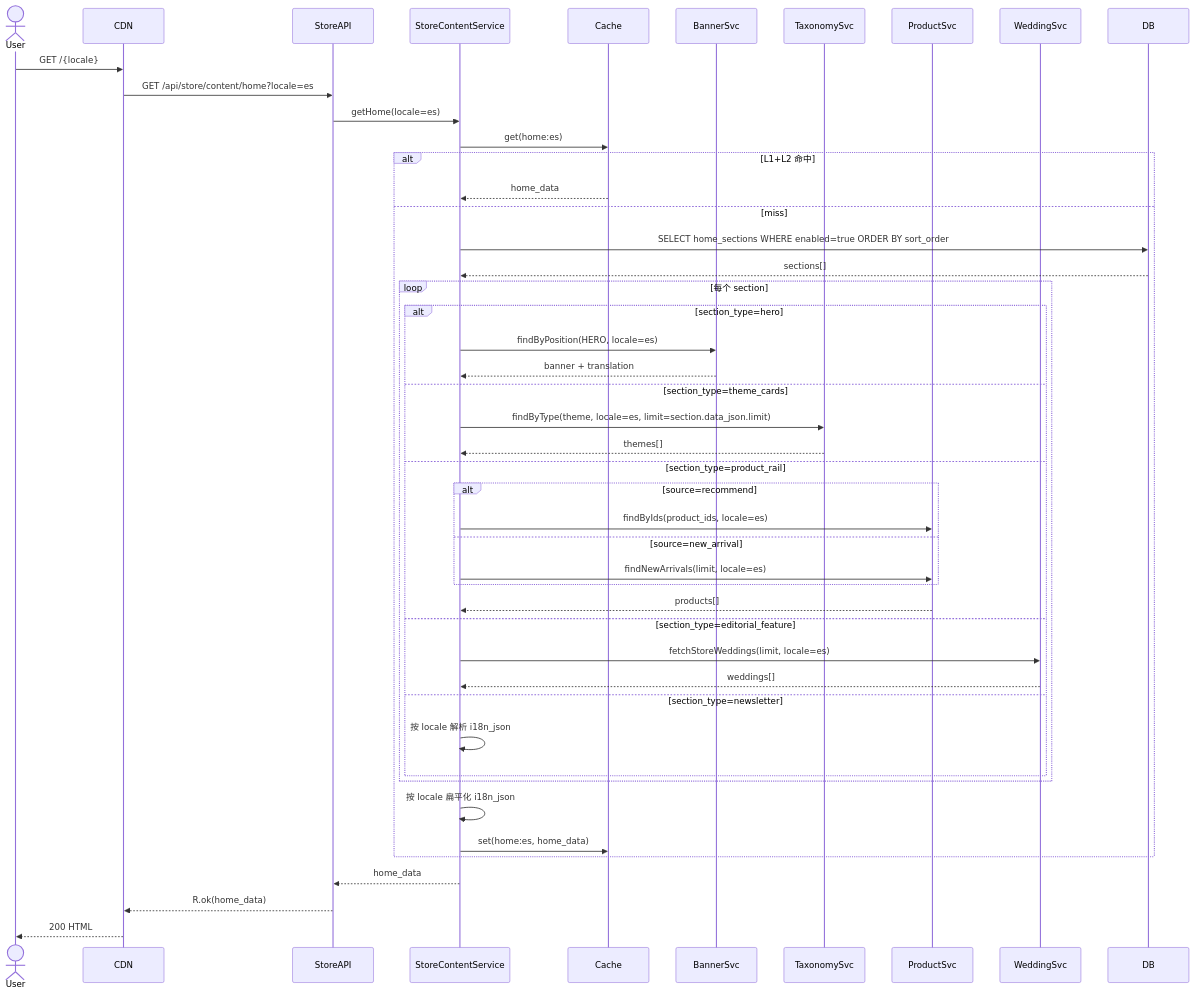
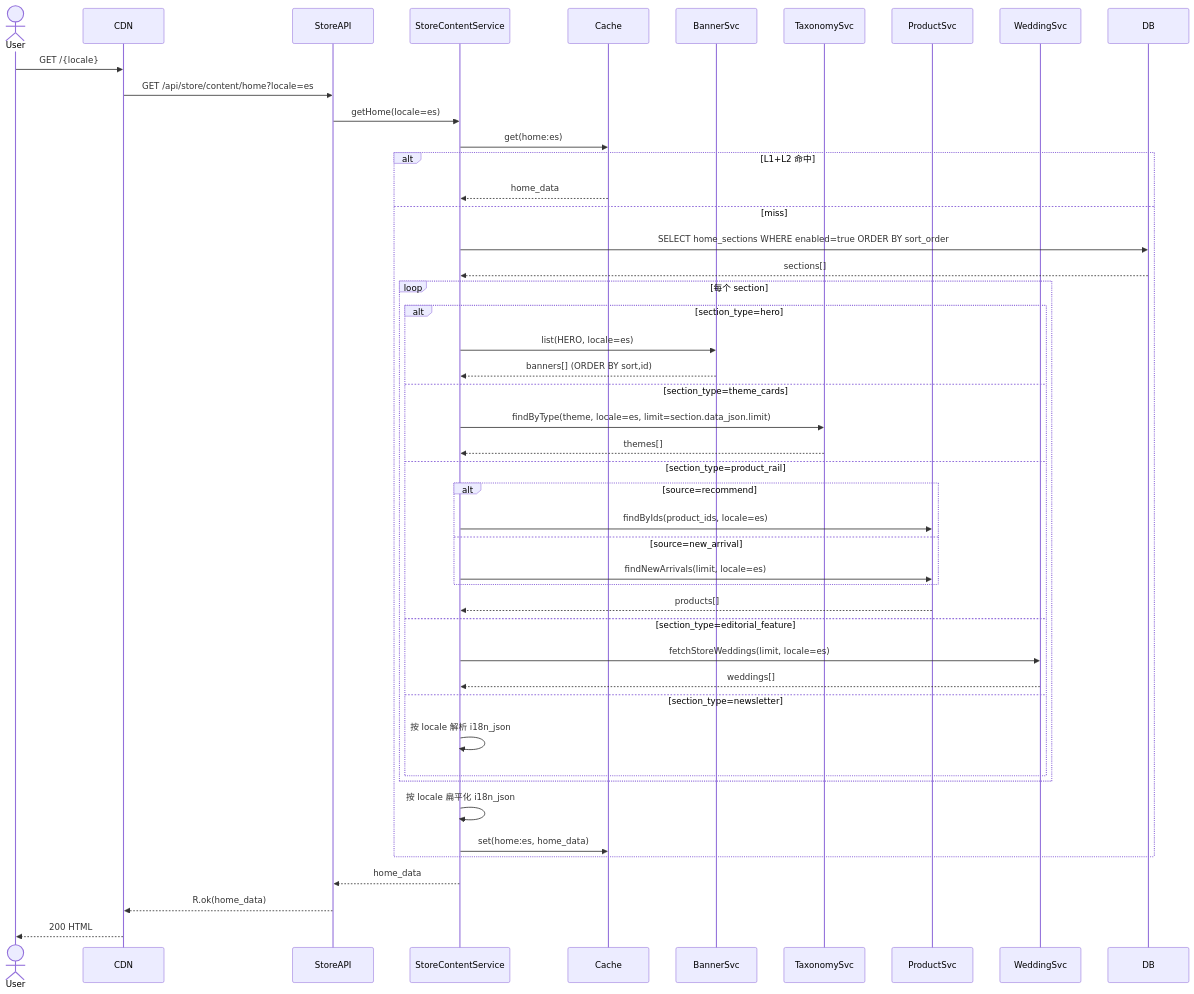
One commit to hptec/dreamy changed the third of 4 diagrams in hhspec/specs/architecture/data-flow.md. Above: the diagram before and after it, drawn with Mermaid. The commit also changed other lines of this file and 282 other files, not shown here.

````diff
--- a/hhspec/specs/architecture/data-flow.md
+++ b/hhspec/specs/architecture/data-flow.md
@@ -229,50 +229,50 @@
 ```mermaid
 sequenceDiagram
     actor User
     participant CDN
     participant StoreAPI
     participant Svc as StoreContentService
     participant Cache
     participant BannerSvc
     participant TaxonomySvc
     participant ProductSvc
     participant WeddingSvc
     participant DB
 
     User->>CDN: GET /{locale}
     CDN->>StoreAPI: GET /api/store/content/home?locale=es
     StoreAPI->>Svc: getHome(locale=es)
     Svc->>Cache: get(home:es)
     alt L1+L2 命中
         Cache-->>Svc: home_data
     else miss
         Svc->>DB: SELECT home_sections WHERE enabled=true ORDER BY sort_order
         DB-->>Svc: sections[]
         loop 每个 section
             alt section_type=hero
-                Svc->>BannerSvc: findByPosition(HERO, locale=es)
-                BannerSvc-->>Svc: banner + translation
+                Svc->>BannerSvc: list(HERO, locale=es)
+                BannerSvc-->>Svc: banners[] (ORDER BY sort,id)
             else section_type=theme_cards
                 Svc->>TaxonomySvc: findByType(theme, locale=es, limit=section.data_json.limit)
                 TaxonomySvc-->>Svc: themes[]
             else section_type=product_rail
                 alt source=recommend
                     Svc->>ProductSvc: findByIds(product_ids, locale=es)
                 else source=new_arrival
                     Svc->>ProductSvc: findNewArrivals(limit, locale=es)
                 end
                 ProductSvc-->>Svc: products[]
             else section_type=editorial_feature
                 Svc->>WeddingSvc: fetchStoreWeddings(limit, locale=es)
                 WeddingSvc-->>Svc: weddings[]
             else section_type=newsletter
                 Svc->>Svc: 按 locale 解析 i18n_json
             end
         end
         Svc->>Svc: 按 locale 扁平化 i18n_json
         Svc->>Cache: set(home:es, home_data)
     end
     Svc-->>StoreAPI: home_data
     StoreAPI-->>CDN: R.ok(home_data)
     CDN-->>User: 200 HTML
 ```
````
